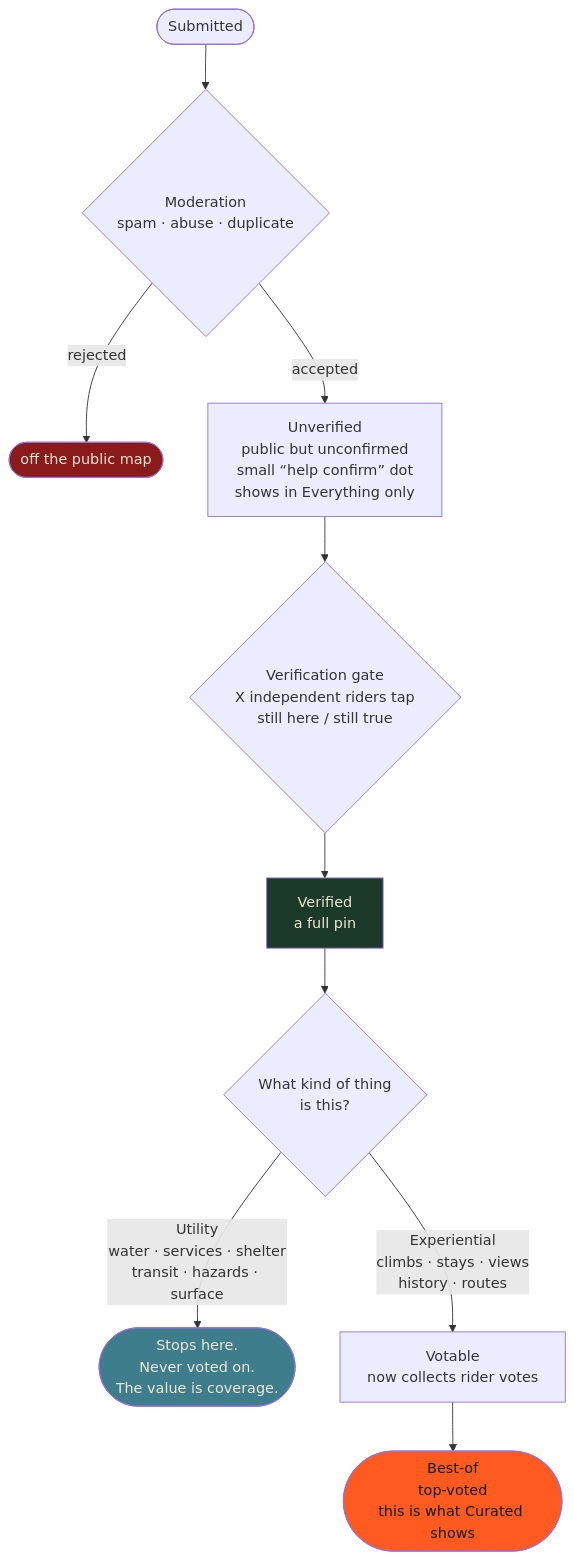
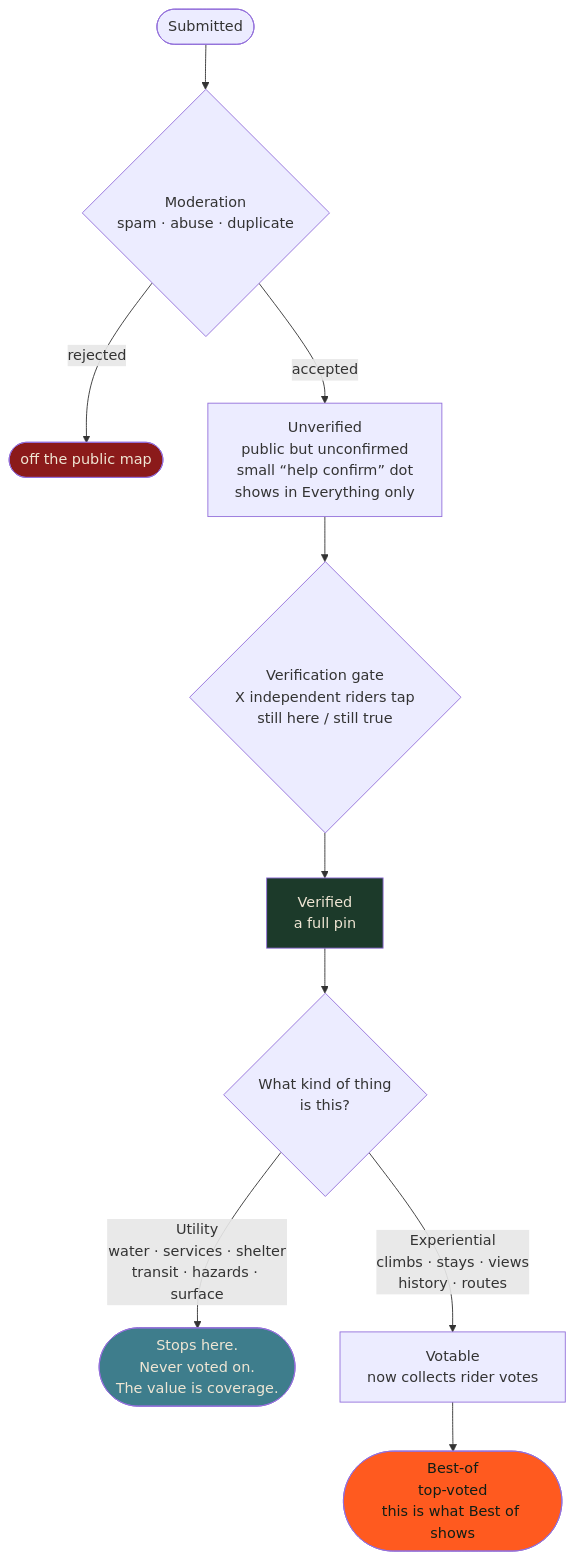
One commit to cycling-commons/cycling-commons changed the third of 8 diagrams in wiki/data-priority.md. Above: the diagram before and after it, drawn with Mermaid. The commit also changed other lines of this file and 3 other files, not shown here.

````diff
--- a/wiki/data-priority.md
+++ b/wiki/data-priority.md
@@ -72,20 +72,20 @@
 ```mermaid
 flowchart TD
     S(["Submitted"]) --> MOD{"Moderation<br/>spam · abuse · duplicate"}
     MOD -->|rejected| OUT(["off the public map"])
     MOD -->|accepted| U["Unverified<br/>public but unconfirmed<br/>small “help confirm” dot<br/>shows in Everything only"]
 
     U --> GATE{"Verification gate<br/>X independent riders tap<br/>still here / still true"}
     GATE --> V["Verified<br/>a full pin"]
 
     V --> SPLIT{"What kind of thing<br/>is this?"}
     SPLIT -->|"Utility<br/>water · services · shelter<br/>transit · hazards · surface"| STOP(["Stops here.<br/>Never voted on.<br/>The value is coverage."])
     SPLIT -->|"Experiential<br/>climbs · stays · views<br/>history · routes"| VOTABLE["Votable<br/>now collects rider votes"]
 
-    VOTABLE --> BEST(["Best-of<br/>top-voted<br/>this is what Curated shows"])
+    VOTABLE --> BEST(["Best-of<br/>top-voted<br/>this is what Best of shows"])
 
     style OUT fill:#8b1a1a,color:#EFE6D4
     style STOP fill:#3E7D8C,color:#EFE6D4
     style BEST fill:#FF5A1F,color:#101E16
     style V fill:#1C3A2A,color:#EFE6D4
 ```
````
